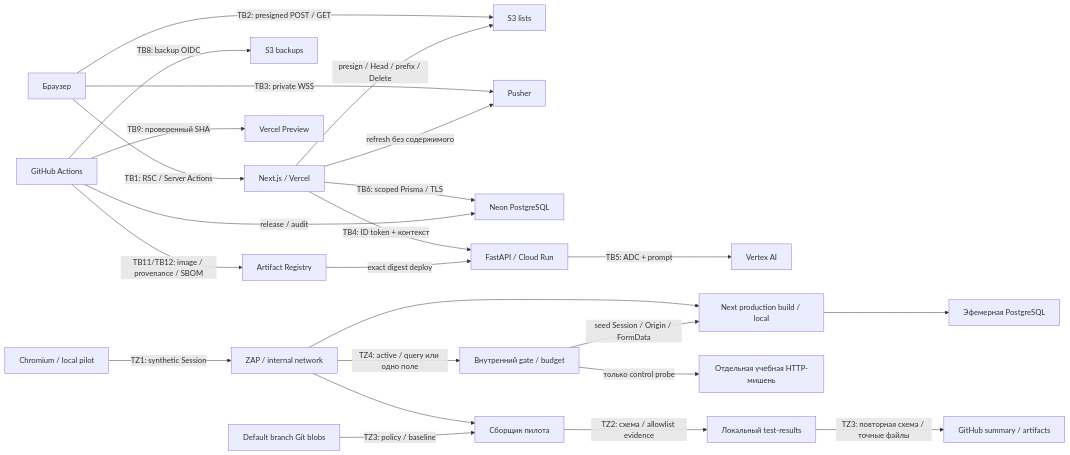
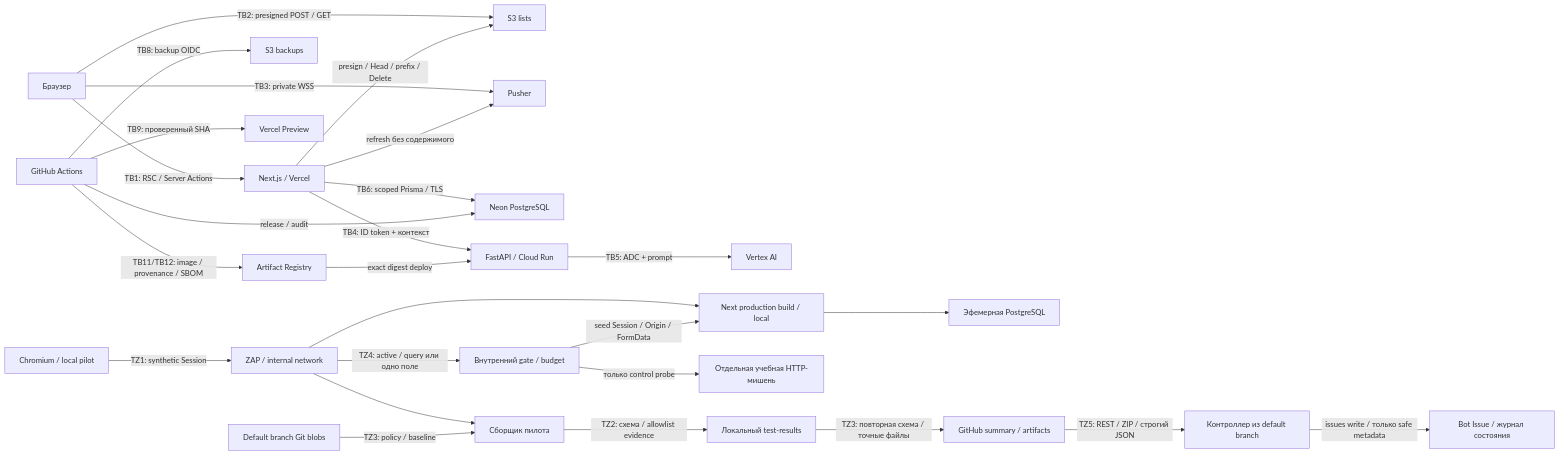
One commit to kzhirikhin/smart-lists changed the diagram in THREAT_MODEL.md. Above: the diagram before and after it, drawn with Mermaid. The commit also changed other lines of this file and 14 other files, not shown here.

```diff
--- a/THREAT_MODEL.md
+++ b/THREAT_MODEL.md
@@ -80,26 +87,28 @@
 ~~~mermaid
 flowchart LR
     B[Браузер] -->|TB1: RSC / Server Actions| N[Next.js / Vercel]
     B -->|TB2: presigned POST / GET| S[S3 lists]
     B -->|TB3: private WSS| P[Pusher]
     N -->|TB6: scoped Prisma / TLS| D[Neon PostgreSQL]
     N -->|presign / Head / prefix / Delete| S
     N -->|refresh без содержимого| P
     N -->|TB4: ID token + контекст| F[FastAPI / Cloud Run]
     F -->|TB5: ADC + prompt| V[Vertex AI]
     G[GitHub Actions] -->|release / audit| D
     G -->|TB8: backup OIDC| K[S3 backups]
     G -->|TB11/TB12: image / provenance / SBOM| A[Artifact Registry]
     A -->|exact digest deploy| F
     G -->|TB9: проверенный SHA| Q[Vercel Preview]
     PB[Chromium / local pilot] -->|TZ1: synthetic Session| Z[ZAP / internal network]
     Z --> LN[Next production build / local]
     Z -->|TZ4: active / query или одно поле| WG[Внутренний gate / budget]
     WG -->|seed Session / Origin / FormData| LN
     WG -->|только control probe| LAB[Отдельная учебная HTTP-мишень]
     LN --> TD[Эфемерная PostgreSQL]
     Z --> C[Сборщик пилота]
     C -->|TZ2: схема / allowlist evidence| O[Локальный test-results]
     O -->|TZ3: повторная схема / точные файлы| ZA[GitHub summary / artifacts]
     TC[Default branch Git blobs] -->|TZ3: policy / baseline| C
+    ZA -->|TZ5: REST / ZIP / строгий JSON| OC[Контроллер из default branch]
+    OC -->|issues write / только safe metadata| J[Bot Issue / журнал состояния]
 ~~~
```
